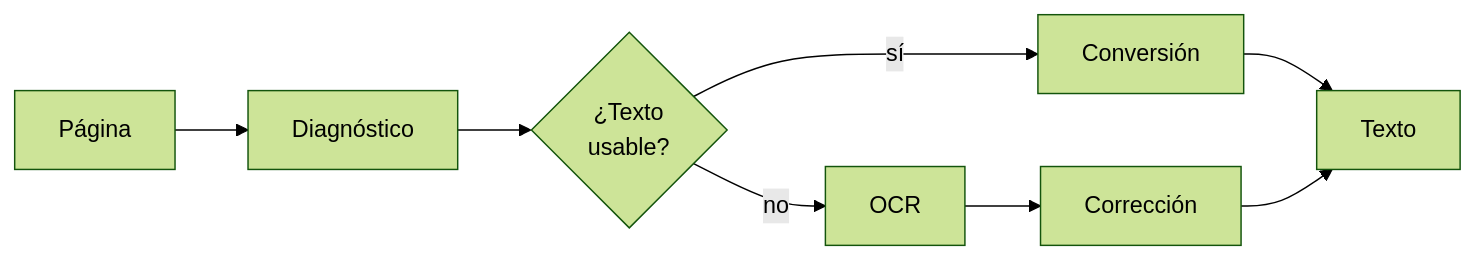
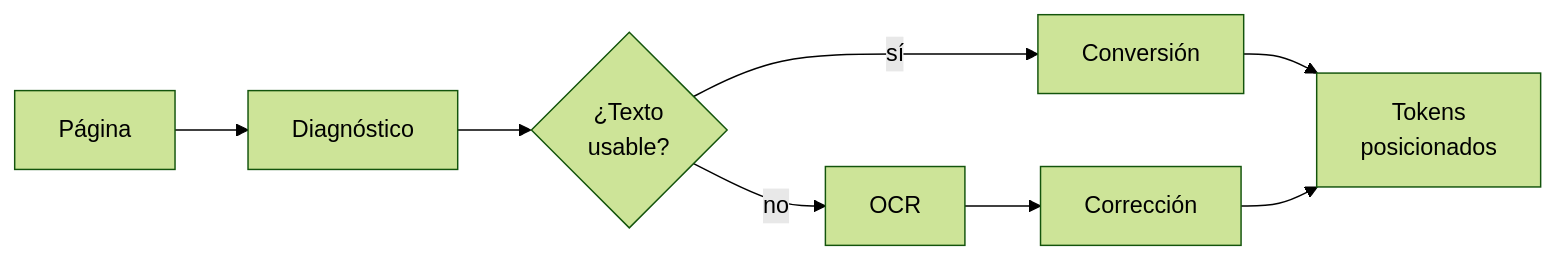
One commit to mariogarcia-ar/docflow changed the fourth of 15 diagrams in readme-min.md. Above: the diagram before and after it, drawn with Mermaid (forest theme). The commit also changed other lines of this file, not shown here.

Commit message:
Refactor README.md to enhance clarity and detail in document extraction components, including flow adjustments and expanded descriptions for Segmentador, Identificador, Diagnóstico, Reconstructor, Validador, Consistencia, Catálogo, Contrato, and Revisor.

````diff
--- a/readme-min.md
+++ b/readme-min.md
@@ -102,8 +131,8 @@
 ```mermaid
 graph LR
     A["Página"] --> B["Diagnóstico"] --> C{"¿Texto<br/>usable?"}
     C -->|"sí"| D["Conversión"]
     C -->|"no"| E["OCR"] --> F["Corrección"]
-    D --> G["Texto"]
+    D --> G["Tokens<br/>posicionados"]
     F --> G
 ```
````
